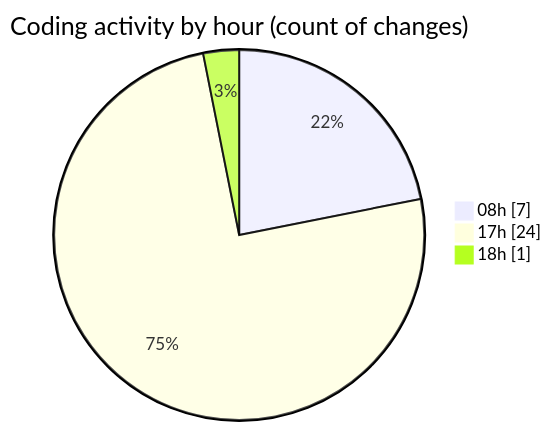
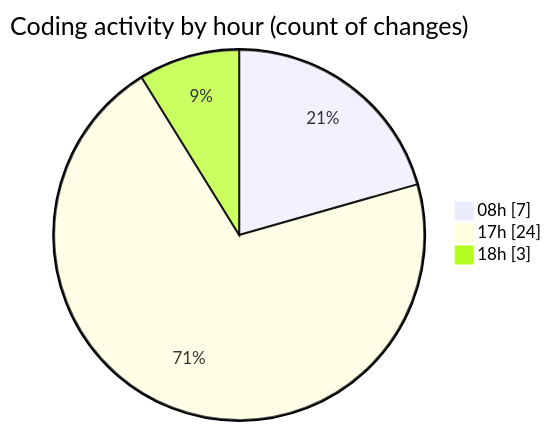
Before and after one commit to robertbonfada/code-tracking: the second of 2 diagrams in 2025-02-06/mbc-web/README.md, drawn with Mermaid. The commit also changed other lines of this file and 1 other file, not shown here.

````diff
--- a/2025-02-06/mbc-web/README.md
+++ b/2025-02-06/mbc-web/README.md
@@ -33,7 +33,7 @@
 ```mermaid
 pie showData
 title Coding activity by hour (count of changes)
 "08h" : 7
 "17h" : 24
-"18h" : 1
+"18h" : 3
 ```
````
